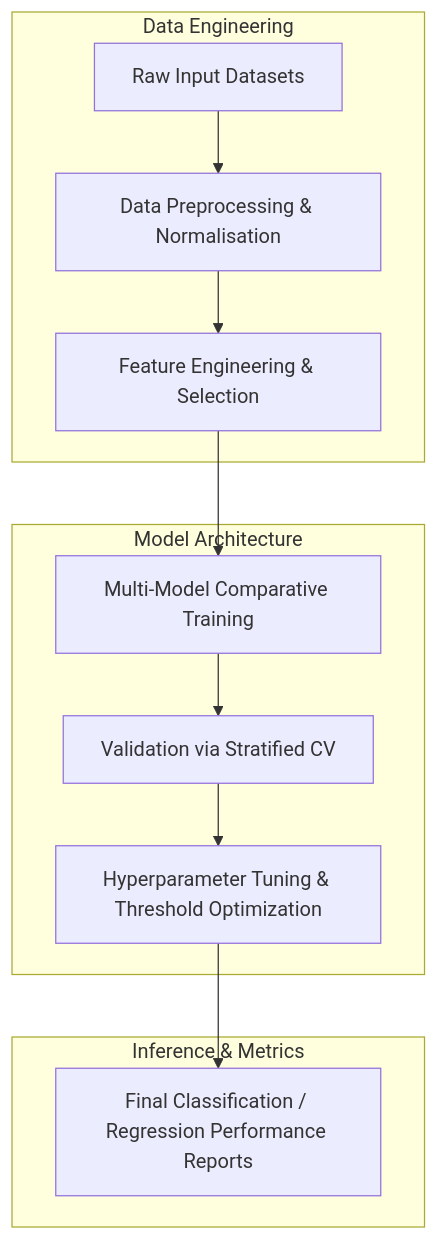
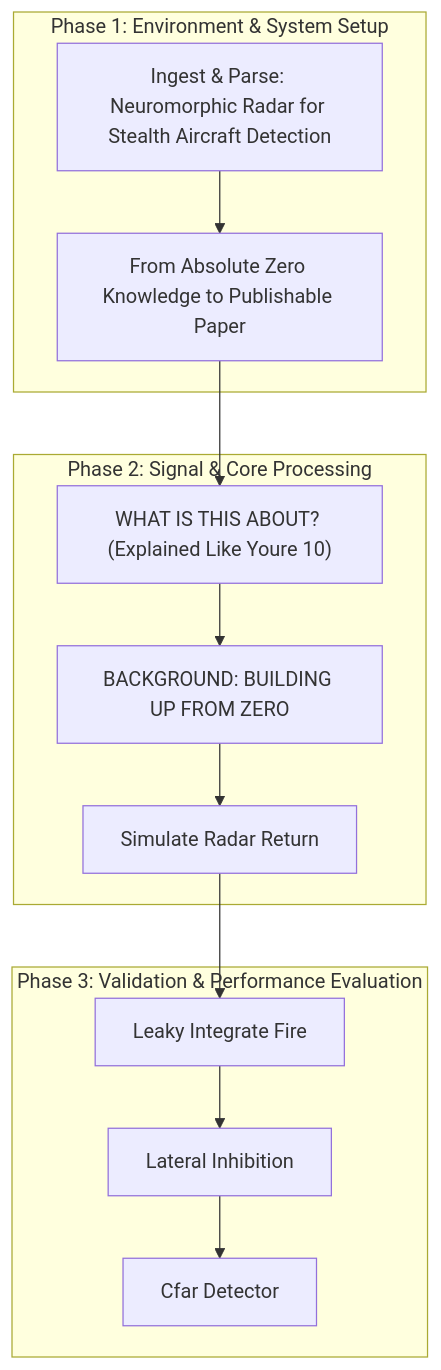
The diagram in README.md (Runtime-Slayers/Neuromorphic-Radar-for-Stealth-Aircraft-Detection), drawn with Mermaid before and after one commit. The commit also changed other lines of this file, not shown here.

Commit message:
Docs: Restructure README.md with detailed summary and pipeline flowchart

````diff
--- a/README.md
+++ b/README.md
@@ -14,15 +14,24 @@
 ```mermaid
 graph TD
-    subgraph Data Engineering
-        A["Raw Input Datasets"] --> B["Data Preprocessing & Normalisation"]
-        B --> C["Feature Engineering & Selection"]
+    subgraph "Phase 1: Environment & System Setup"
+        N0["Ingest & Parse: Neuromorphic Radar for Stealth Aircraft Detection"]
+        N1["From Absolute Zero Knowledge to Publishable Paper"]
     end
-    subgraph Model Architecture
-        C --> D["Multi-Model Comparative Training"]
-        D --> E["Validation via Stratified CV"]
-        E --> F["Hyperparameter Tuning & Threshold Optimization"]
+    subgraph "Phase 2: Signal & Core Processing"
+        N2["WHAT IS THIS ABOUT? (Explained Like Youre 10)"]
+        N3["BACKGROUND: BUILDING UP FROM ZERO"]
+        N4["Simulate Radar Return"]
     end
-    subgraph Inference & Metrics
-        F --> G["Final Classification / Regression Performance Reports"]
+    subgraph "Phase 3: Validation & Performance Evaluation"
+        N5["Leaky Integrate Fire"]
+        N6["Lateral Inhibition"]
+        N7["Cfar Detector"]
     end
+    N0 --> N1
+    N1 --> N2
+    N2 --> N3
+    N3 --> N4
+    N4 --> N5
+    N5 --> N6
+    N6 --> N7
 ```
````
